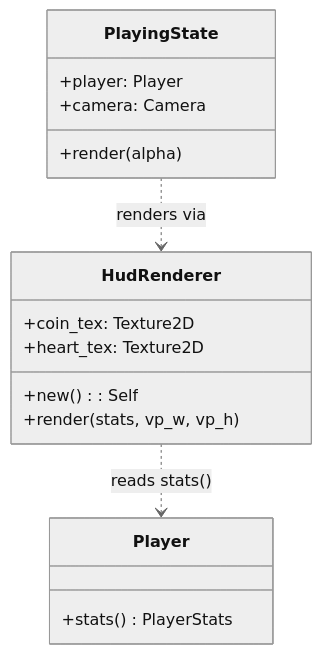
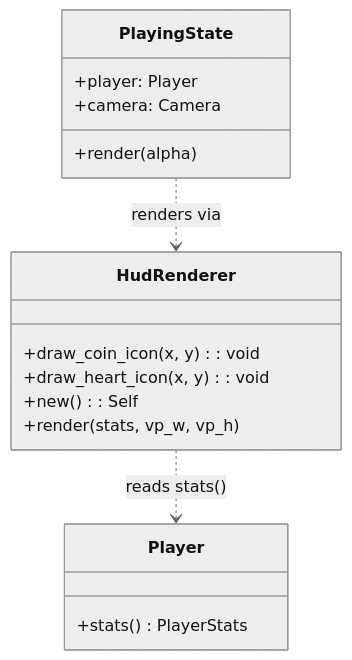
One commit to jxing90/mario changed the first of 2 diagrams in docs/features/9-hud.md. Above: the diagram before and after it, drawn with Mermaid (neutral theme). The commit also changed other lines of this file and 13 other files, not shown here.

First line of the commit message:
chore: 清理死文件 — 删除 coin.png/heart.png/examples/verify_all

````diff
--- a/docs/features/9-hud.md
+++ b/docs/features/9-hud.md
@@ -25,24 +25,24 @@
 ```mermaid
 classDiagram
     class HudRenderer {
-        +coin_tex: Texture2D
-        +heart_tex: Texture2D
+        +draw_coin_icon(x, y): void
+        +draw_heart_icon(x, y): void
         +new() : Self
         +render(stats, vp_w, vp_h)
     }
     class Player {
         +stats() PlayerStats
     }
     class PlayingState {
         +player: Player
         +camera: Camera
         +render(alpha)
     }
     PlayingState ..> HudRenderer : renders via
     HudRenderer ..> Player : reads stats()
     classDef NEW fill:#cfc,stroke:#080
     classDef EXISTING fill:#eee,stroke:#444
     class HudRenderer:::NEW
     class Player:::EXISTING
     class PlayingState:::EXISTING
 ```
````
